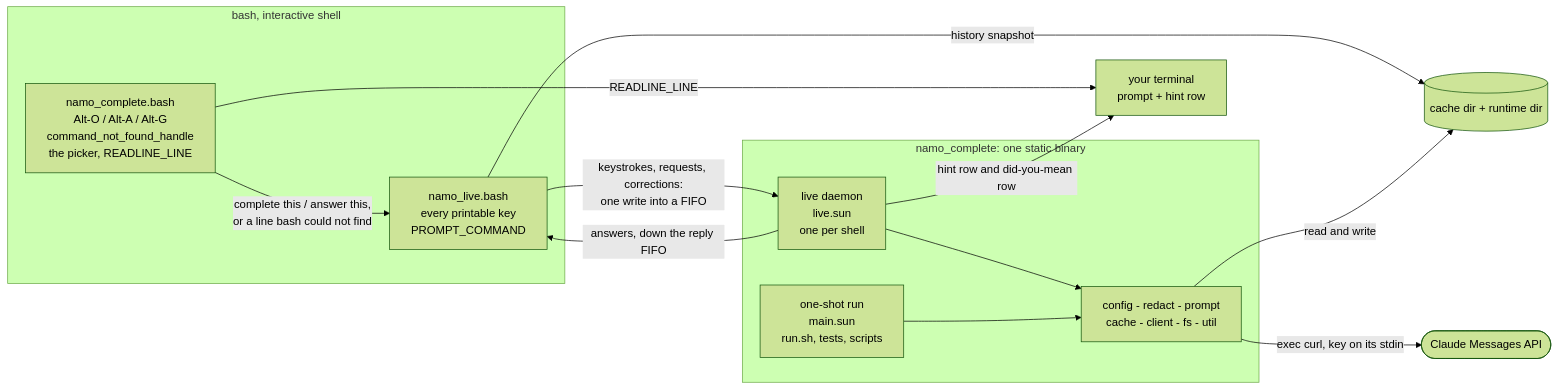
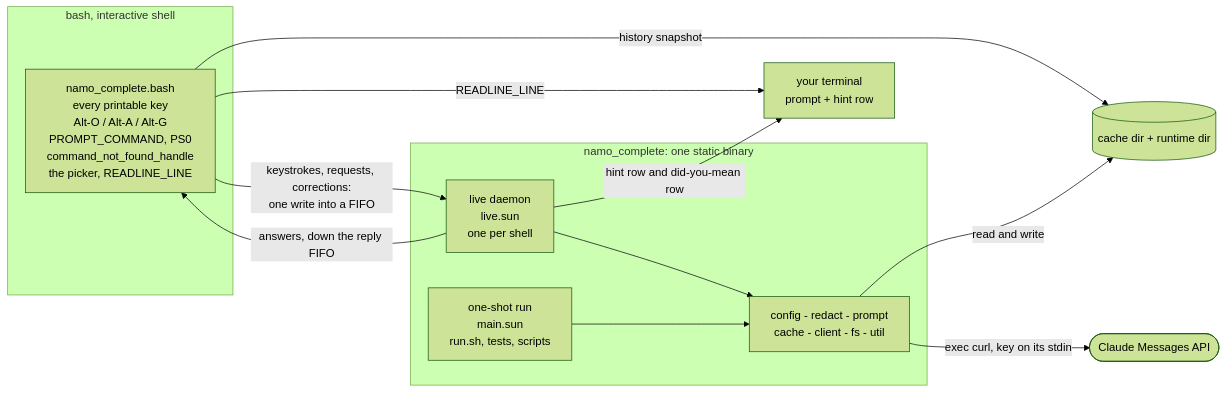
The first of 2 diagrams in README.md (namo-robotics/namo_complete), drawn with Mermaid (forest theme) before and after one commit. The commit also changed other lines of this file and 8 other files, not shown here.

````diff
--- a/README.md
+++ b/README.md
@@ -152,28 +152,26 @@
 ```mermaid
 flowchart LR
     subgraph bash["bash, interactive shell"]
-        RL["namo_complete.bash<br>Alt-O / Alt-A / Alt-G<br>command_not_found_handle<br>the picker, READLINE_LINE"]
-        LV["namo_live.bash<br>every printable key<br>PROMPT_COMMAND"]
+        RL["namo_complete.bash<br>every printable key<br>Alt-O / Alt-A / Alt-G<br>PROMPT_COMMAND, PS0<br>command_not_found_handle<br>the picker, READLINE_LINE"]
     end
 
     subgraph bin["namo_complete: one static binary"]
         DAE["live daemon<br>live.sun<br>one per shell"]
         ONE["one-shot run<br>main.sun<br>run.sh, tests, scripts"]
         CORE["config - redact - prompt<br>cache - client - fs - util"]
         DAE --> CORE
         ONE --> CORE
     end
 
     TTY["your terminal<br>prompt + hint row"]
     DISK[("cache dir + runtime dir")]
     API(["Claude Messages API"])
 
-    RL -->|"complete this / answer this,<br>or a line bash could not find"| LV
     RL -->|"READLINE_LINE"| TTY
-    LV -->|"keystrokes, requests, corrections:<br>one write into a FIFO"| DAE
-    DAE -->|"answers, down the reply FIFO"| LV
-    LV -->|"history snapshot"| DISK
+    RL -->|"keystrokes, requests, corrections:<br>one write into a FIFO"| DAE
+    DAE -->|"answers, down the reply FIFO"| RL
+    RL -->|"history snapshot"| DISK
     DAE -->|"hint row and did-you-mean row"| TTY
     CORE -->|"read and write"| DISK
     CORE -->|"exec curl, key on its stdin"| API
 ```
````
